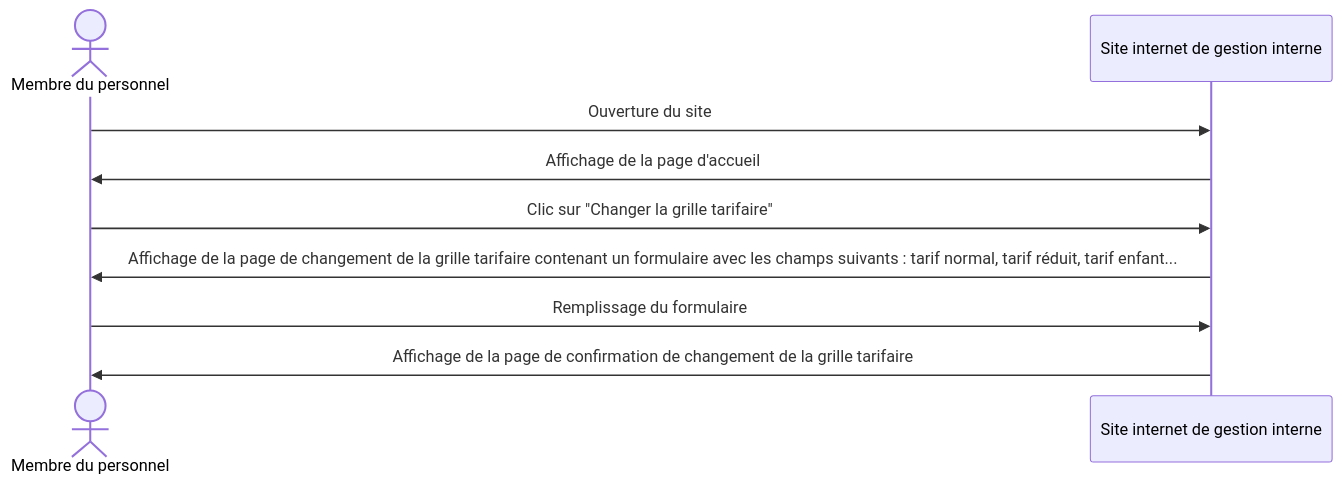
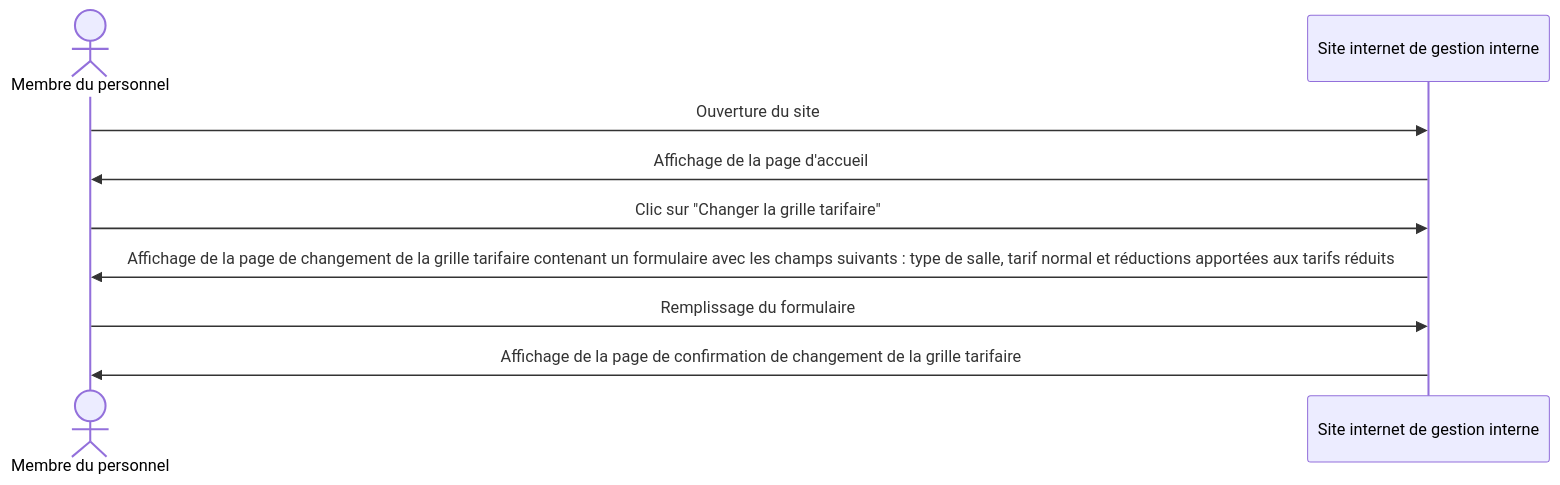
The fourth of 8 diagrams in main_mael.md (pixselve-school/OMD-TP1), drawn with Mermaid before and after one commit. The commit also changed other lines of this file, not shown here.

````diff
--- a/main_mael.md
+++ b/main_mael.md
@@ -125,12 +125,12 @@
 ```mermaid
 sequenceDiagram
 actor Membre du personnel
 participant Site internet de gestion interne
 
 Membre du personnel->>Site internet de gestion interne: Ouverture du site
 Site internet de gestion interne->>Membre du personnel: Affichage de la page d'accueil
 Membre du personnel->>Site internet de gestion interne: Clic sur "Changer la grille tarifaire"
-Site internet de gestion interne->>Membre du personnel: Affichage de la page de changement de la grille tarifaire contenant un formulaire avec les champs suivants : tarif normal, tarif réduit, tarif enfant...
+Site internet de gestion interne->>Membre du personnel: Affichage de la page de changement de la grille tarifaire contenant un formulaire avec les champs suivants : type de salle, tarif normal et réductions apportées aux tarifs réduits
 Membre du personnel->>Site internet de gestion interne: Remplissage du formulaire
 Site internet de gestion interne->>Membre du personnel: Affichage de la page de confirmation de changement de la grille tarifaire
 ```
````
